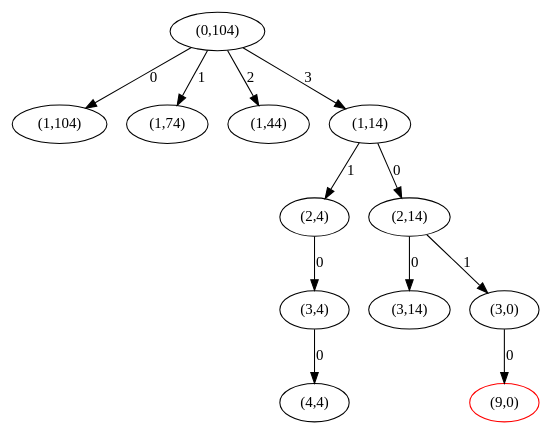
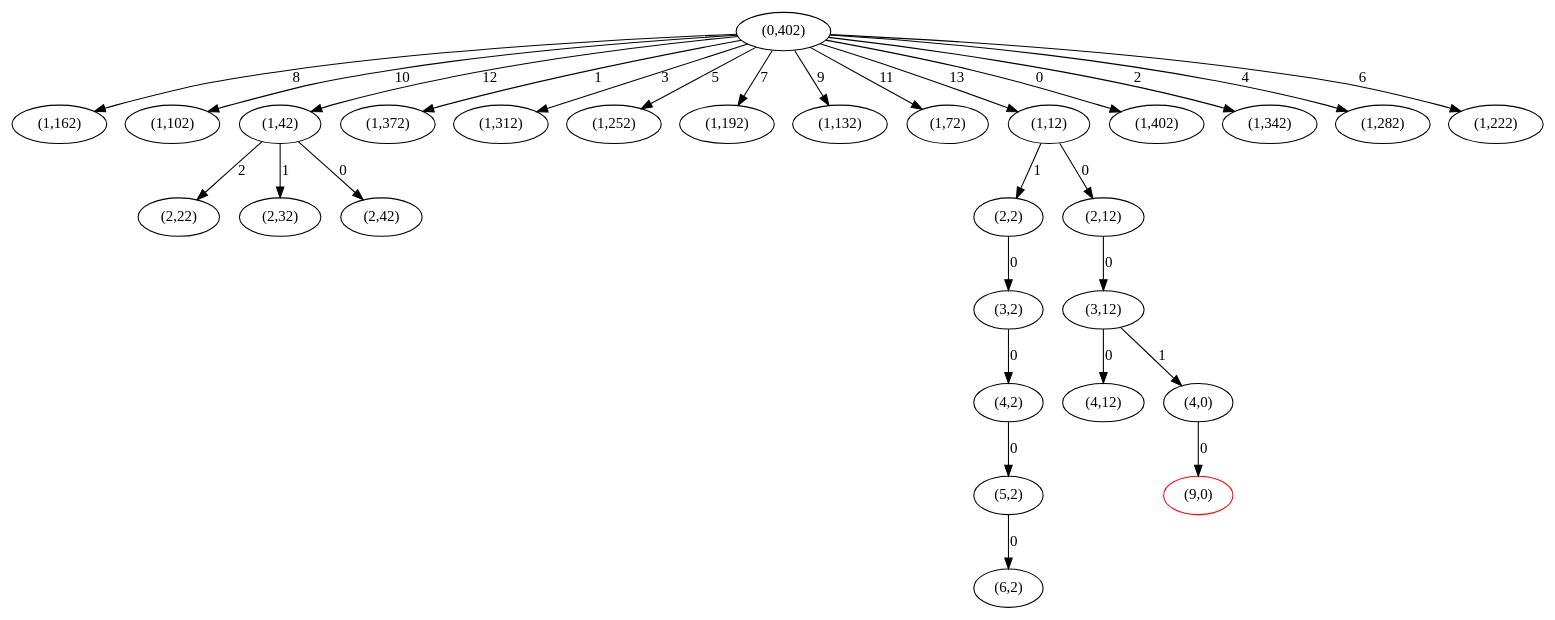
The diagram in java/EjemplosAlgoritmos/ficheros/MonedasAstarGraph2.gv (migueltoro/ada_v2_18), drawn with Graphviz before and after one commit.

Commit message:
08/05/2022

```diff
--- a/java/EjemplosAlgoritmos/ficheros/MonedasAstarGraph2.gv
+++ b/java/EjemplosAlgoritmos/ficheros/MonedasAstarGraph2.gv
@@ -1,25 +1,57 @@
 strict digraph G {
-  1 [ label="(4,4)" ];
-  2 [ label="(3,4)" ];
-  3 [ label="(2,4)" ];
-  4 [ label="(1,104)" ];
-  5 [ color="red" label="(9,0)" ];
-  6 [ label="(0,104)" ];
-  7 [ label="(1,74)" ];
-  8 [ label="(1,44)" ];
-  9 [ label="(3,14)" ];
-  10 [ label="(2,14)" ];
-  11 [ label="(1,14)" ];
-  12 [ label="(3,0)" ];
-  2 -> 1 [ color="black" label="0" ];
-  3 -> 2 [ color="black" label="0" ];
-  11 -> 3 [ color="black" label="1" ];
-  6 -> 4 [ color="black" label="0" ];
-  12 -> 5 [ color="black" label="0" ];
-  6 -> 7 [ color="black" label="1" ];
-  6 -> 8 [ color="black" label="2" ];
-  10 -> 9 [ color="black" label="0" ];
-  11 -> 10 [ color="black" label="0" ];
-  6 -> 11 [ color="black" label="3" ];
-  10 -> 12 [ color="black" label="1" ];
+  1 [ label="(2,2)" ];
+  2 [ label="(1,162)" ];
+  3 [ label="(1,102)" ];
+  4 [ label="(4,12)" ];
+  5 [ label="(1,42)" ];
+  6 [ label="(2,12)" ];
+  7 [ label="(0,402)" ];
+  8 [ label="(1,372)" ];
+  9 [ label="(2,22)" ];
+  10 [ label="(1,312)" ];
+  11 [ color="red" label="(9,0)" ];
+  12 [ label="(1,252)" ];
+  13 [ label="(5,2)" ];
+  14 [ label="(2,32)" ];
+  15 [ label="(1,192)" ];
+  16 [ label="(3,2)" ];
+  17 [ label="(1,132)" ];
+  18 [ label="(1,72)" ];
+  19 [ label="(2,42)" ];
+  20 [ label="(3,12)" ];
+  21 [ label="(1,12)" ];
+  22 [ label="(1,402)" ];
+  23 [ label="(1,342)" ];
+  24 [ label="(1,282)" ];
+  25 [ label="(6,2)" ];
+  26 [ label="(4,0)" ];
+  27 [ label="(1,222)" ];
+  28 [ label="(4,2)" ];
+  21 -> 1 [ color="black" label="1" ];
+  7 -> 2 [ color="black" label="8" ];
+  7 -> 3 [ color="black" label="10" ];
+  20 -> 4 [ color="black" label="0" ];
+  7 -> 5 [ color="black" label="12" ];
+  21 -> 6 [ color="black" label="0" ];
+  7 -> 8 [ color="black" label="1" ];
+  5 -> 9 [ color="black" label="2" ];
+  7 -> 10 [ color="black" label="3" ];
+  26 -> 11 [ color="black" label="0" ];
+  7 -> 12 [ color="black" label="5" ];
+  28 -> 13 [ color="black" label="0" ];
+  5 -> 14 [ color="black" label="1" ];
+  7 -> 15 [ color="black" label="7" ];
+  1 -> 16 [ color="black" label="0" ];
+  7 -> 17 [ color="black" label="9" ];
+  7 -> 18 [ color="black" label="11" ];
+  5 -> 19 [ color="black" label="0" ];
+  6 -> 20 [ color="black" label="0" ];
+  7 -> 21 [ color="black" label="13" ];
+  7 -> 22 [ color="black" label="0" ];
+  7 -> 23 [ color="black" label="2" ];
+  7 -> 24 [ color="black" label="4" ];
+  13 -> 25 [ color="black" label="0" ];
+  20 -> 26 [ color="black" label="1" ];
+  7 -> 27 [ color="black" label="6" ];
+  16 -> 28 [ color="black" label="0" ];
 }
```
